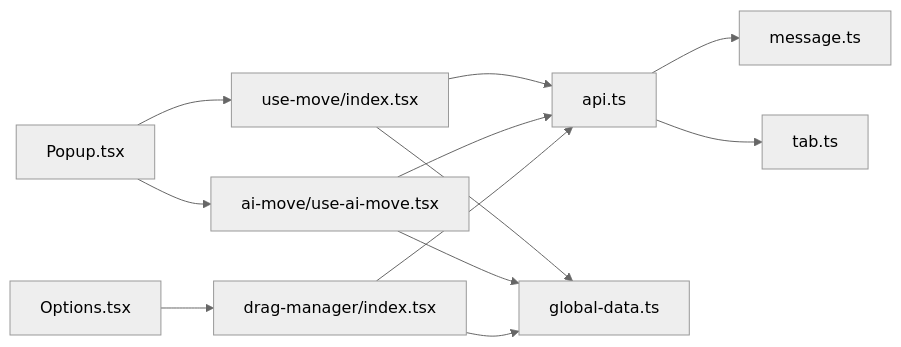
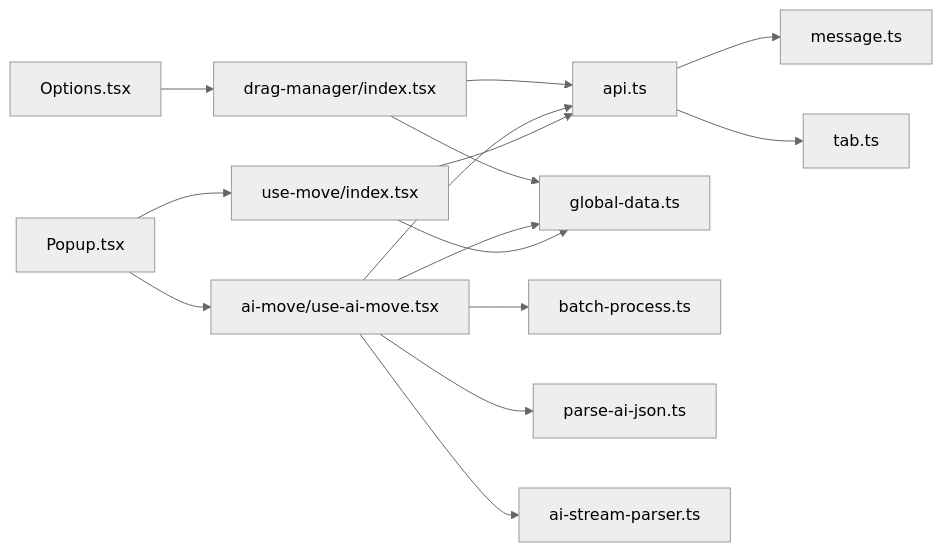
The seventh of 7 diagrams in .qoder/repowiki/zh/content/核心功能模块/自动排序引擎.md (RadiumAg/bilibili-favorites), drawn with Mermaid (neutral theme) before and after one commit. The commit also changed other lines of this file and 27 other files, not shown here.

````diff
--- a/.qoder/repowiki/zh/content/核心功能模块/自动排序引擎.md
+++ b/.qoder/repowiki/zh/content/核心功能模块/自动排序引擎.md
@@ -356,14 +442,17 @@
 ```mermaid
 graph LR
 Popup["Popup.tsx"] --> MoveHook["use-move/index.tsx"]
 Popup --> AIMoveHook["ai-move/use-ai-move.tsx"]
 Options["Options.tsx"] --> DragMgr["drag-manager/index.tsx"]
 MoveHook --> API["api.ts"]
 AIMoveHook --> API
 DragMgr --> API
 MoveHook --> Store["global-data.ts"]
 AIMoveHook --> Store
 DragMgr --> Store
 API --> Msg["message.ts"]
 API --> Tab["tab.ts"]
+AIMoveHook --> BatchProcess["batch-process.ts"]
+AIMoveHook --> ParseJSON["parse-ai-json.ts"]
+AIMoveHook --> StreamParser["ai-stream-parser.ts"]
 ```
````
